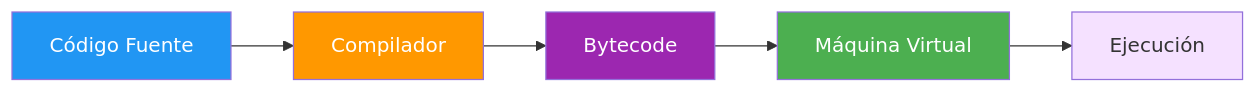
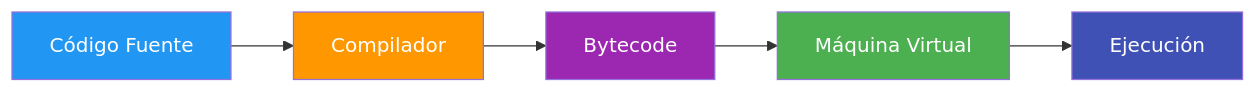
One commit to joseluisgs/EntornosDesarrollo-01-2026-2027 changed the fourth of 8 diagrams in 06-proceso-traduccion.md. Above: the diagram before and after it, drawn with Mermaid. The commit also changed other lines of this file, not shown here.

Commit message:
[fix] Punto 06: Mejoras didácticas, corrección de bloques, colores Mermaid y ASCII

````diff
--- a/06-proceso-traduccion.md
+++ b/06-proceso-traduccion.md
@@ -92,13 +101,12 @@
 ```mermaid
 graph LR
     A[Código Fuente] --> B[Compilador]
     B --> C[Bytecode]
     C --> D[Máquina Virtual]
     D --> E[Ejecución]
-
     style A fill:#2196F3,color:#fff
     style B fill:#FF9800,color:#fff
     style C fill:#9C27B0,color:#fff
     style D fill:#4CAF50,color:#fff
-    style E fill:#f5e1ff
+    style E fill:#3F51B5,color:#fff
 ```
````
